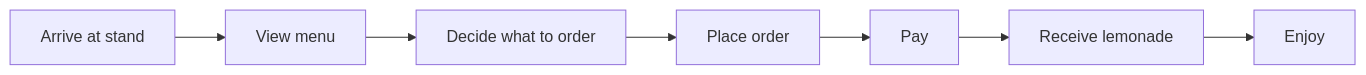
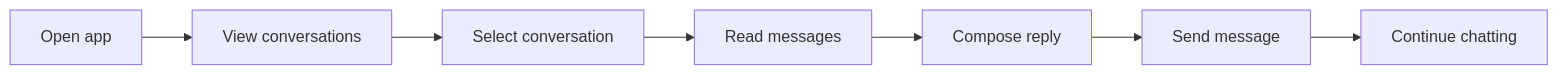
Before and after one commit to Episk-pos/DevFoundry: the first of 2 diagrams in website/docs/curriculum/part-2-team-practices/ux-ui-fundamentals.md, drawn with Mermaid. The commit also changed other lines of this file and 153 other files, not shown here.

````diff
--- a/website/docs/curriculum/part-2-team-practices/ux-ui-fundamentals.md
+++ b/website/docs/curriculum/part-2-team-practices/ux-ui-fundamentals.md
@@ -82,9 +82,9 @@
 ```mermaid
 flowchart LR
-    A[Arrive at stand] --> B[View menu]
-    B --> C[Decide what to order]
-    C --> D[Place order]
-    D --> E[Pay]
-    E --> F[Receive lemonade]
-    F --> G[Enjoy]
+    A[Open app] --> B[View conversations]
+    B --> C[Select conversation]
+    C --> D[Read messages]
+    D --> E[Compose reply]
+    E --> F[Send message]
+    F --> G[Continue chatting]
 ```
````
